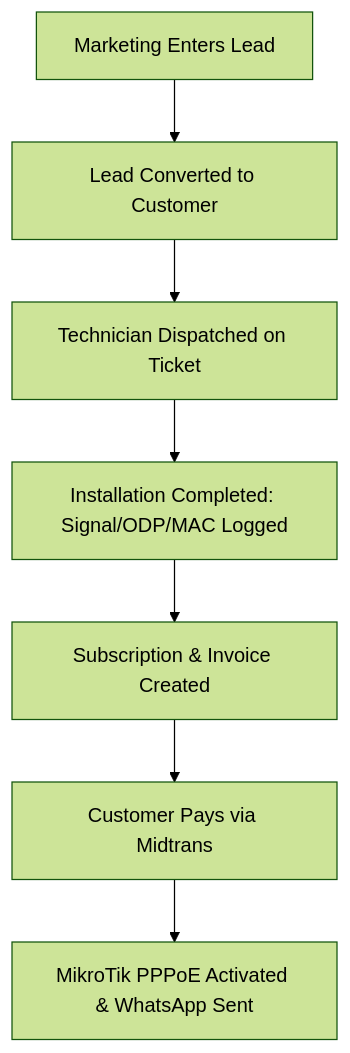
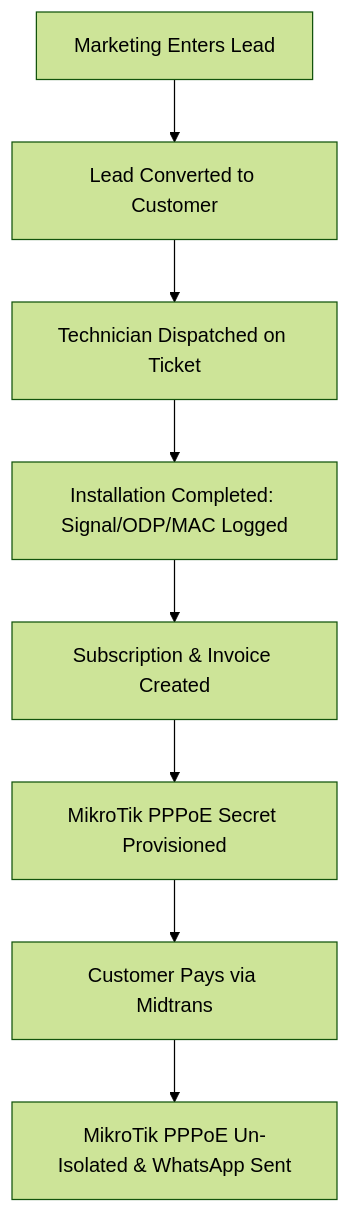
Before and after one commit to Justrifkyy/NetManagement: the first of 2 diagrams in audit/PROJECT_INTELLIGENCE_REPORT.md, drawn with Mermaid (forest theme). The commit also changed other lines of this file and 5 other files, not shown here.

Commit message:
feat: add automated MikroTik PPPoE secret provisioning and post-installation lifecycle sync

````diff
--- a/audit/PROJECT_INTELLIGENCE_REPORT.md
+++ b/audit/PROJECT_INTELLIGENCE_REPORT.md
@@ -88,9 +88,10 @@
 ```mermaid
 graph TD
     A[Marketing Enters Lead] --> B[Lead Converted to Customer]
     B --> C[Technician Dispatched on Ticket]
     C --> D[Installation Completed: Signal/ODP/MAC Logged]
     D --> E[Subscription & Invoice Created]
-    E --> F[Customer Pays via Midtrans]
-    F --> G[MikroTik PPPoE Activated & WhatsApp Sent]
+    E --> F[MikroTik PPPoE Secret Provisioned]
+    F --> G[Customer Pays via Midtrans]
+    G --> H[MikroTik PPPoE Un-Isolated & WhatsApp Sent]
 ```
````
